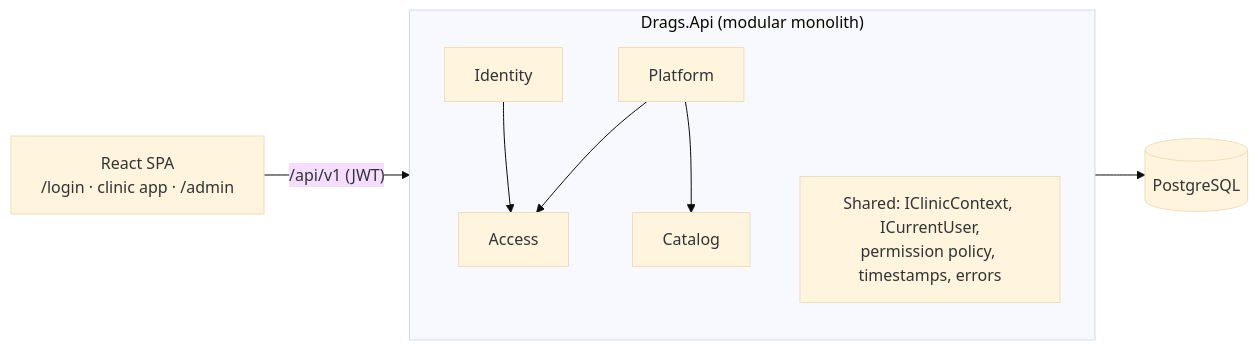
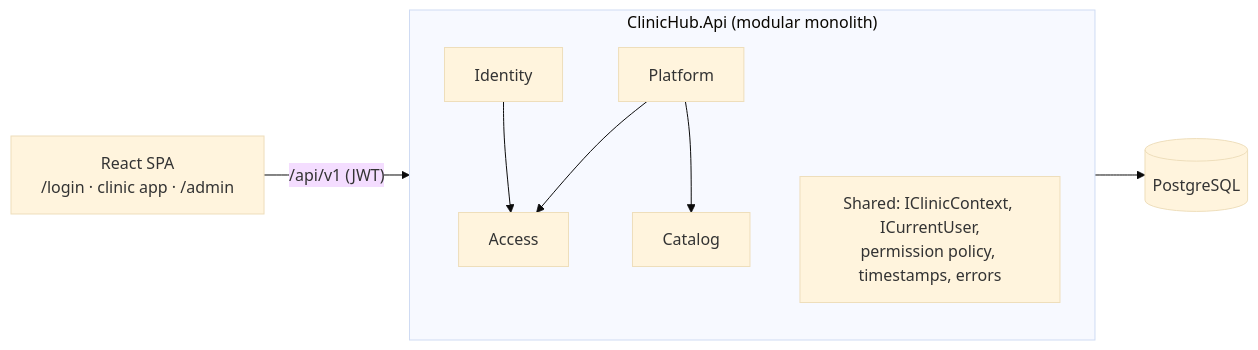
One commit to Mahmoudhd134/Drugs changed the first of 3 diagrams in docs/design/platform-hld.md. Above: the diagram before and after it, drawn with Mermaid (base theme). The commit also changed other lines of this file and 272 other files, not shown here.

First line of the commit message:
Rename the code base from Drags to ClinicHub

````diff
--- a/docs/design/platform-hld.md
+++ b/docs/design/platform-hld.md
@@ -77,12 +77,12 @@
 ```mermaid
 flowchart LR
   SPA["React SPA<br/>/login · clinic app · /admin"] -->|"/api/v1 (JWT)"| API
-  subgraph API["Drags.Api (modular monolith)"]
+  subgraph API["ClinicHub.Api (modular monolith)"]
     Identity --> Access
     Platform --> Access
     Platform --> Catalog
     Catalog
     Shared["Shared: IClinicContext, ICurrentUser,<br/>permission policy, timestamps, errors"]
   end
   API --> DB[(PostgreSQL)]
 ```
````
